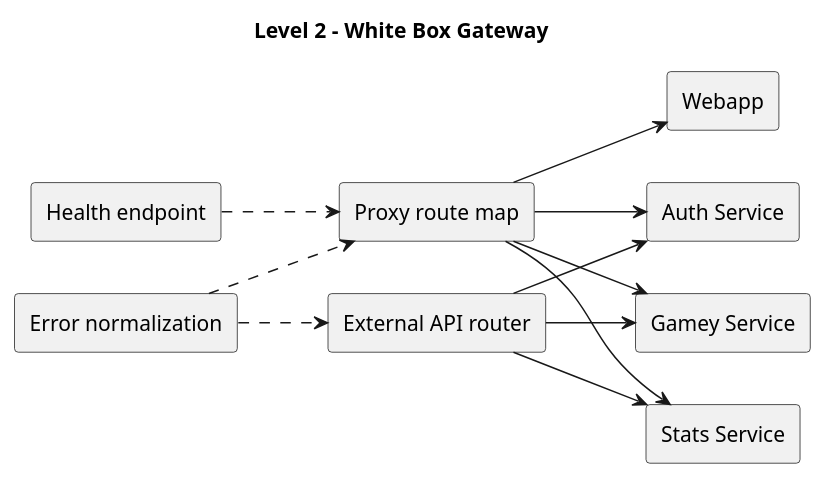
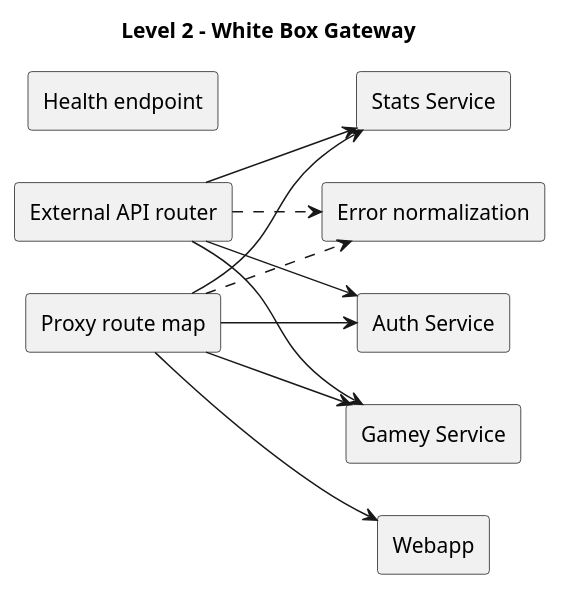
The third of 5 diagrams in docs/src/05_building_block_view.adoc (Arquisoft/yovi_es4b), drawn with PlantUML before and after one commit. The commit also changed other lines of this file, not shown here.

```diff
--- a/docs/src/05_building_block_view.adoc
+++ b/docs/src/05_building_block_view.adoc
@@ -214,29 +213,28 @@
 [plantuml,"05_level2_gateway",png]
 ----
 @startuml
 title Level 2 - White Box Gateway
 left to right direction
 skinparam componentStyle rectangle
 
 component "Proxy route map" as Proxy
 component "External API router" as ExternalApi
 component "Error normalization" as Errors
 component "Health endpoint" as Health
 
 component "Webapp" as Webapp
 component "Auth Service" as Auth
 component "Gamey Service" as Gamey
 component "Stats Service" as Stats
 
 Proxy --> Webapp
 Proxy --> Auth
 Proxy --> Gamey
 Proxy --> Stats
 ExternalApi --> Auth
 ExternalApi --> Gamey
 ExternalApi --> Stats
-Errors ..> Proxy
-Errors ..> ExternalApi
-Health ..> Proxy
+Proxy ..> Errors
+ExternalApi ..> Errors
 @enduml
 ----
```
